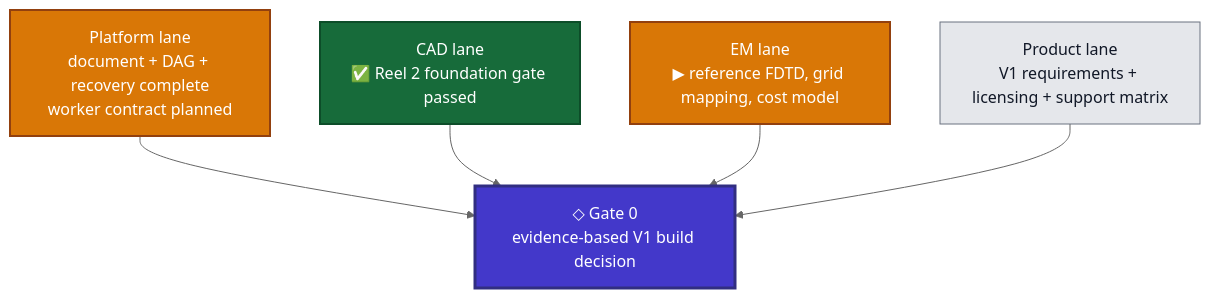
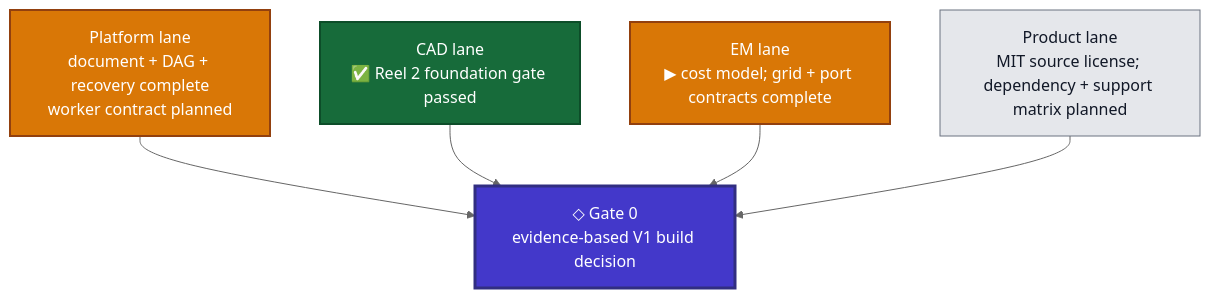
Before and after one commit to TJ-Engineer/EMS-Studio: the fourth of 4 diagrams in docs/DEVELOPMENT_STORYBOARD.md, drawn with Mermaid (neutral theme). The commit also changed other lines of this file and 85 other files, not shown here.

````diff
--- a/docs/DEVELOPMENT_STORYBOARD.md
+++ b/docs/DEVELOPMENT_STORYBOARD.md
@@ -134,22 +133,22 @@
 ```mermaid
 flowchart TB
     PLATFORM["Platform lane<br/>document + DAG + recovery complete<br/>worker contract planned"]
     CAD["CAD lane<br/>✅ Reel 2 foundation gate passed"]
-    EM["EM lane<br/>▶ reference FDTD, grid mapping, cost model"]
-    PRODUCT["Product lane<br/>V1 requirements + licensing + support matrix"]
+    EM["EM lane<br/>▶ cost model; grid + port contracts complete"]
+    PRODUCT["Product lane<br/>MIT source license; dependency + support matrix planned"]
     GATE["◇ Gate 0<br/>evidence-based V1 build decision"]
 
     PLATFORM --> GATE
     CAD --> GATE
     EM --> GATE
     PRODUCT --> GATE
 
     classDef active fill:#d97706,color:#ffffff,stroke:#92400e,stroke-width:2px;
     classDef planned fill:#e5e7eb,color:#111827,stroke:#6b7280,stroke-width:1px;
     classDef gate fill:#4338ca,color:#ffffff,stroke:#312e81,stroke-width:3px;
     classDef done fill:#176b3a,color:#ffffff,stroke:#0d4d29,stroke-width:2px;
     class PLATFORM,EM active;
     class CAD done;
     class PRODUCT planned;
     class GATE gate;
 ```
````
